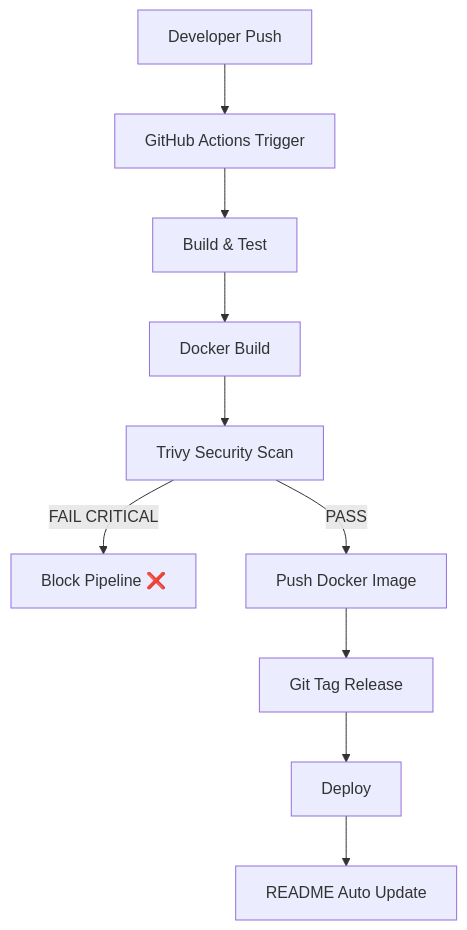
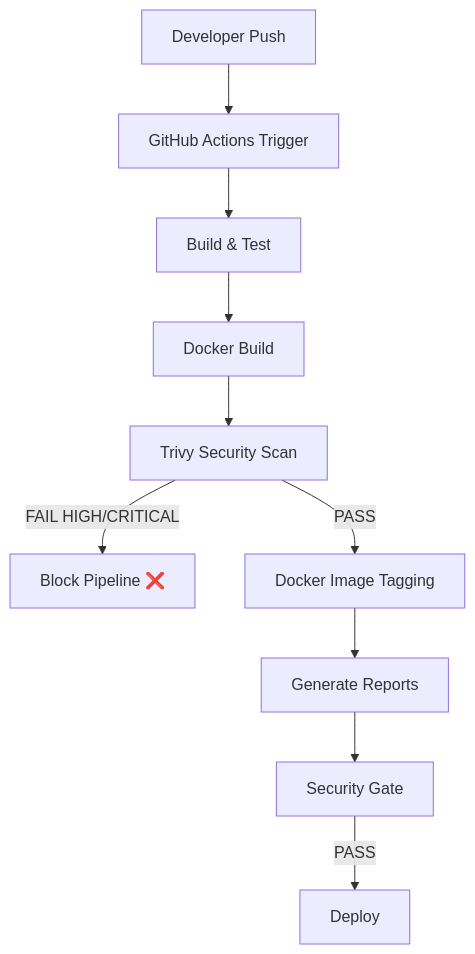
The diagram in README.md (malathi-shetty/github-actions-capstone), drawn with Mermaid before and after one commit. The commit also changed other lines of this file, not shown here.

````diff
--- a/README.md
+++ b/README.md
@@ -111,12 +109,15 @@
 ```mermaid
 flowchart TD
     A[Developer Push] --> B[GitHub Actions Trigger]
     B --> C[Build & Test]
     C --> D[Docker Build]
     D --> E[Trivy Security Scan]
-    E -->|FAIL CRITICAL| X[Block Pipeline ❌]
-    E -->|PASS| F[Push Docker Image]
-    F --> G[Git Tag Release]
-    G --> H[Deploy]
-    H --> I[README Auto Update]
+
+    E -->|FAIL HIGH/CRITICAL| X[Block Pipeline ❌]
+
+    E -->|PASS| F[Docker Image Tagging]
+    F --> G[Generate Reports]
+    G --> H[Security Gate]
+
+    H -->|PASS| I[Deploy]
 ```
````
